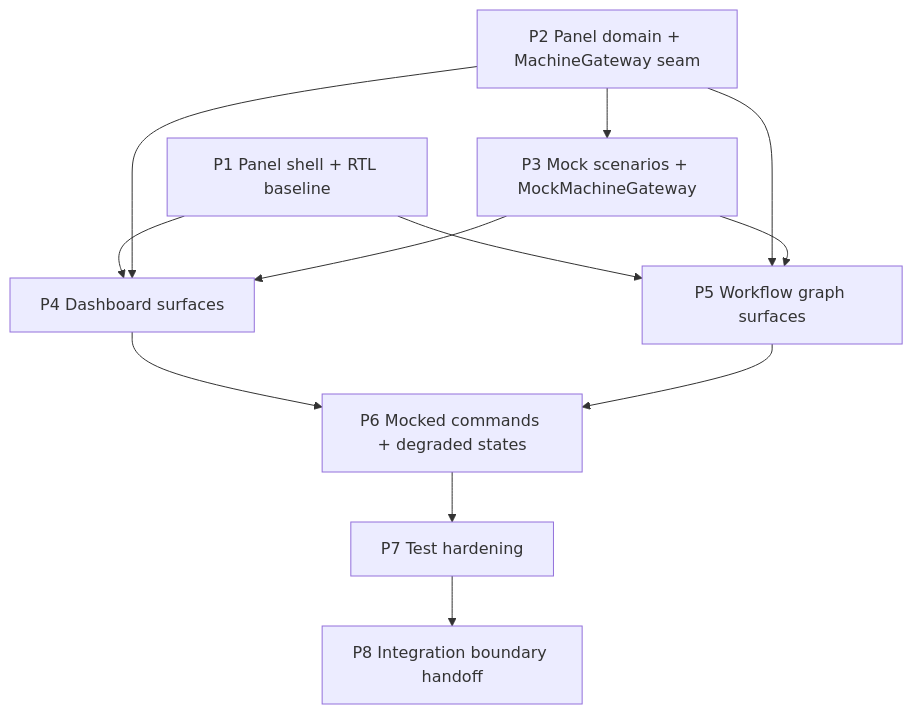
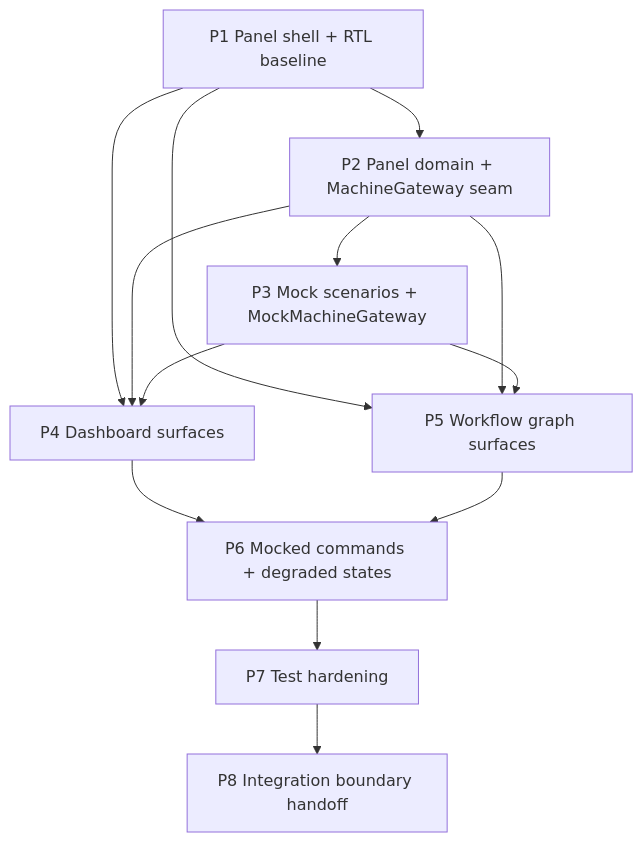
The diagram in docs/tickets/README.md (Nimboflash/final-support-drop), drawn with Mermaid before and after one commit. The commit also changed other lines of this file and 4 other files, not shown here.

````diff
--- a/docs/tickets/README.md
+++ b/docs/tickets/README.md
@@ -51,23 +51,24 @@
 ```mermaid
 graph TD
   P1["P1 Panel shell + RTL baseline"]
   P2["P2 Panel domain + MachineGateway seam"]
   P3["P3 Mock scenarios + MockMachineGateway"]
   P4["P4 Dashboard surfaces"]
   P5["P5 Workflow graph surfaces"]
   P6["P6 Mocked commands + degraded states"]
   P7["P7 Test hardening"]
   P8["P8 Integration boundary handoff"]
 
+  P1 --> P2
   P2 --> P3
   P1 --> P4
   P2 --> P4
   P3 --> P4
   P1 --> P5
   P2 --> P5
   P3 --> P5
   P4 --> P6
   P5 --> P6
   P6 --> P7
   P7 --> P8
 ```
````
